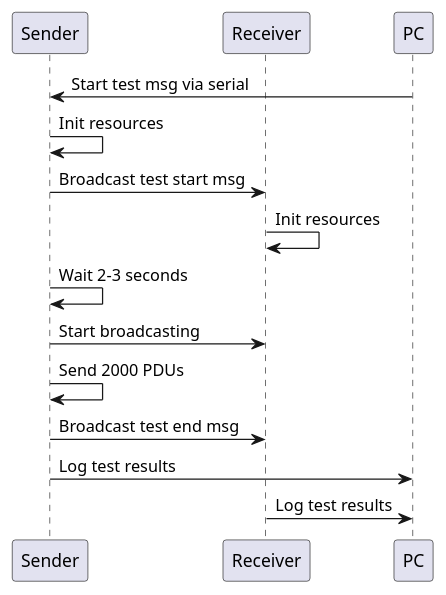
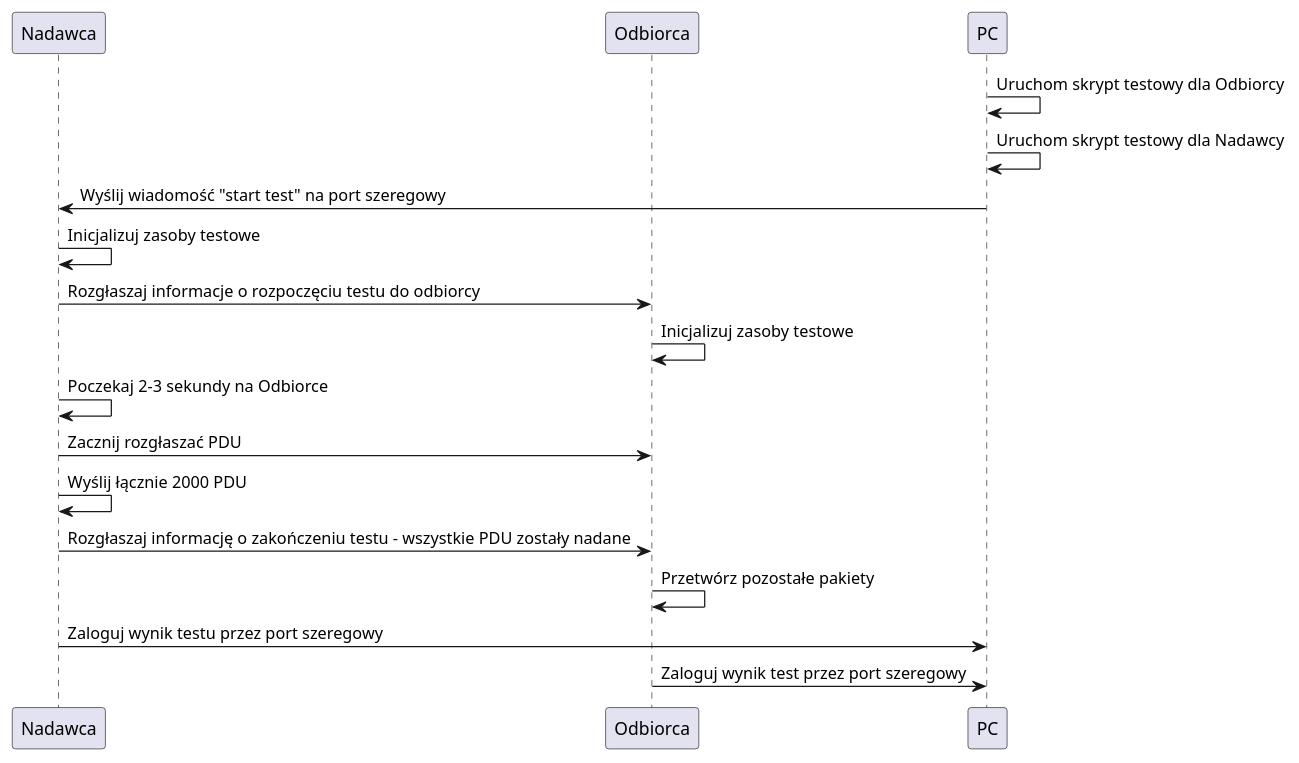
One commit to bartlomiej-niemiec/ble-broadcast-authorization changed the diagram in docs/test_procedure.plantuml. Above: the diagram before and after it, drawn with PlantUML. The commit also changed 191 other files, not shown here.

```diff
--- a/docs/test_procedure.plantuml
+++ b/docs/test_procedure.plantuml
@@ -1,17 +1,20 @@
 @startuml
-participant Sender
-participant Receiver
+participant Nadawca
+participant Odbiorca
 participant PC
 
-PC -> Sender: Start test msg via serial
-Sender -> Sender: Init resources
-Sender -> Receiver: Broadcast test start msg
-Receiver -> Receiver: Init resources
-Sender -> Sender: Wait 2-3 seconds
-Sender -> Receiver: Start broadcasting
-Sender -> Sender: Send 2000 PDUs
-Sender -> Receiver: Broadcast test end msg
-Sender -> PC: Log test results
-Receiver -> PC: Log test results
+PC -> PC: Uruchom skrypt testowy dla Odbiorcy
+PC -> PC: Uruchom skrypt testowy dla Nadawcy
+PC -> Nadawca: Wyślij wiadomość "start test" na port szeregowy
+Nadawca -> Nadawca: Inicjalizuj zasoby testowe
+Nadawca -> Odbiorca: Rozgłaszaj informacje o rozpoczęciu testu do odbiorcy
+Odbiorca -> Odbiorca: Inicjalizuj zasoby testowe
+Nadawca -> Nadawca: Poczekaj 2-3 sekundy na Odbiorce
+Nadawca -> Odbiorca: Zacznij rozgłaszać PDU
+Nadawca -> Nadawca: Wyślij łącznie 2000 PDU
+Nadawca -> Odbiorca: Rozgłaszaj informację o zakończeniu testu - wszystkie PDU zostały nadane
+Odbiorca -> Odbiorca: Przetwórz pozostałe pakiety
+Nadawca -> PC: Zaloguj wynik testu przez port szeregowy
+Odbiorca -> PC: Zaloguj wynik test przez port szeregowy
 
 @enduml
```
